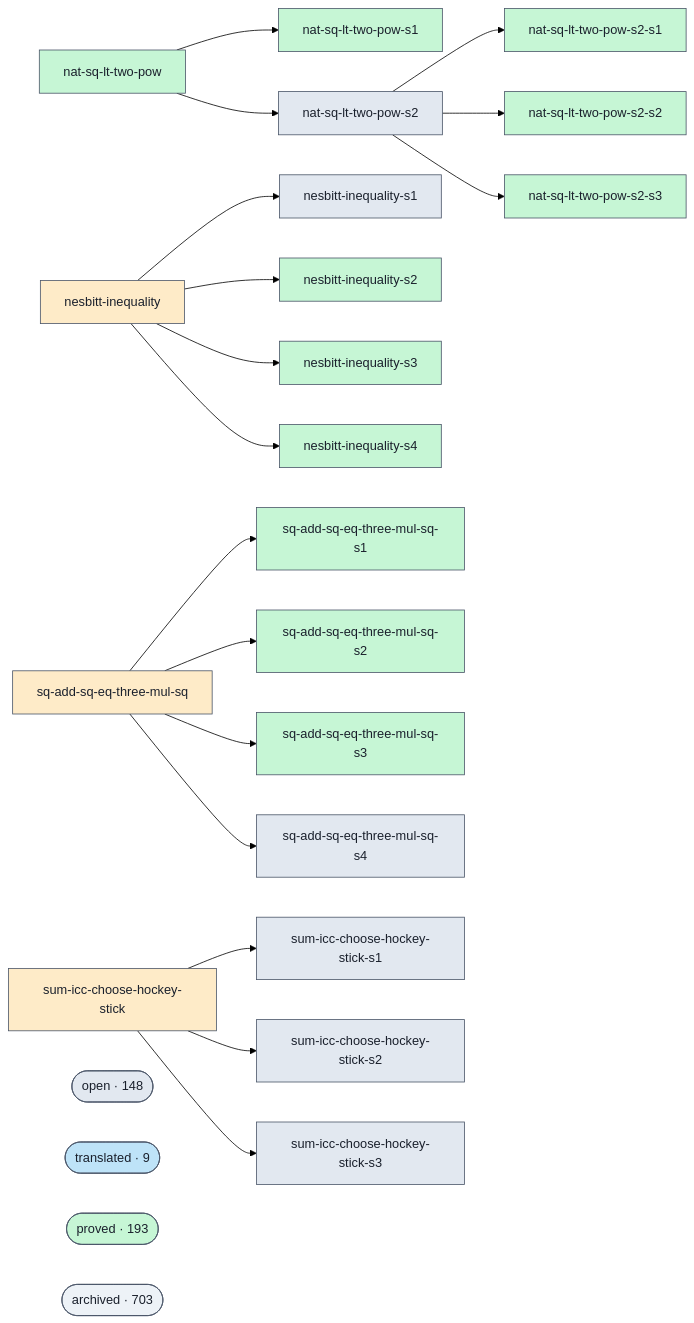
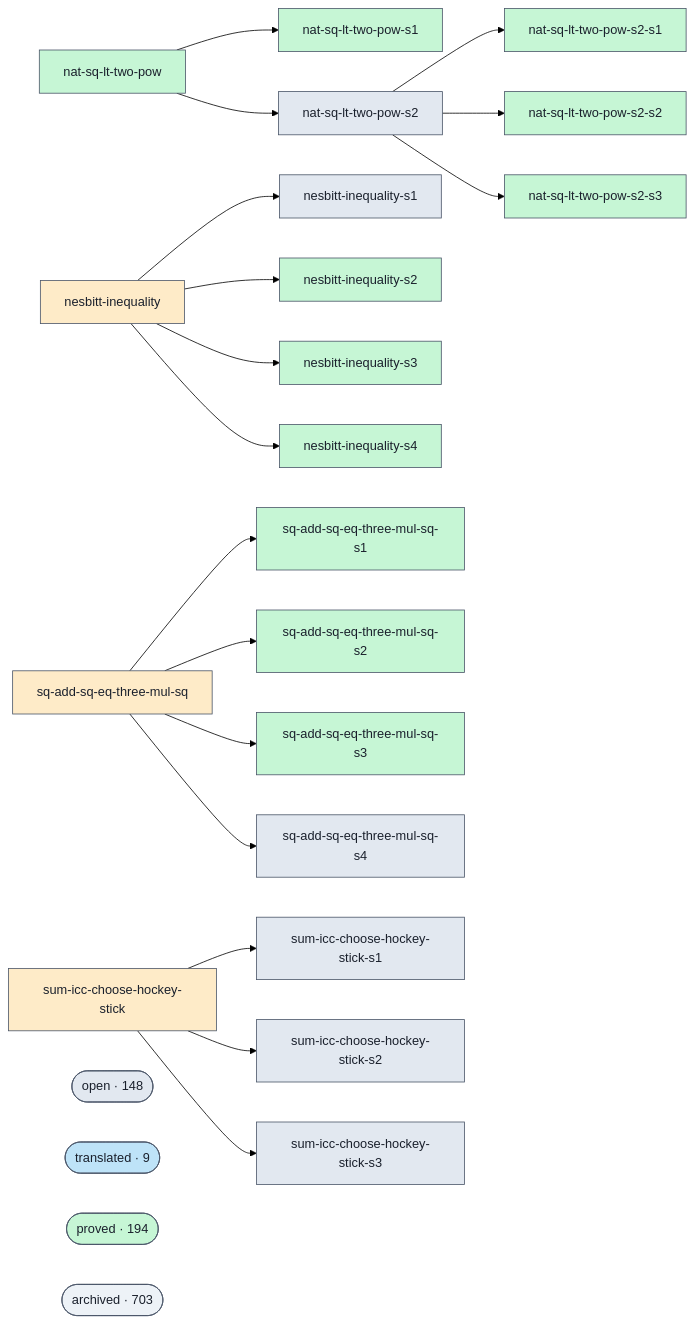
Before and after one commit to ohdearquant/unsorry: the diagram in docs/proofs-contributors-visualisation.md, drawn with Mermaid (forest theme). The commit also changed other lines of this file and 2 other files, not shown here.

```diff
--- a/docs/proofs-contributors-visualisation.md
+++ b/docs/proofs-contributors-visualisation.md
@@ -102,7 +102,7 @@
   class cluster_open open;
   cluster_translated(["translated · 9"])
   class cluster_translated translated;
-  cluster_proved(["proved · 193"])
+  cluster_proved(["proved · 194"])
   class cluster_proved proved;
   cluster_archived(["archived · 703"])
   class cluster_archived unknown;
```
